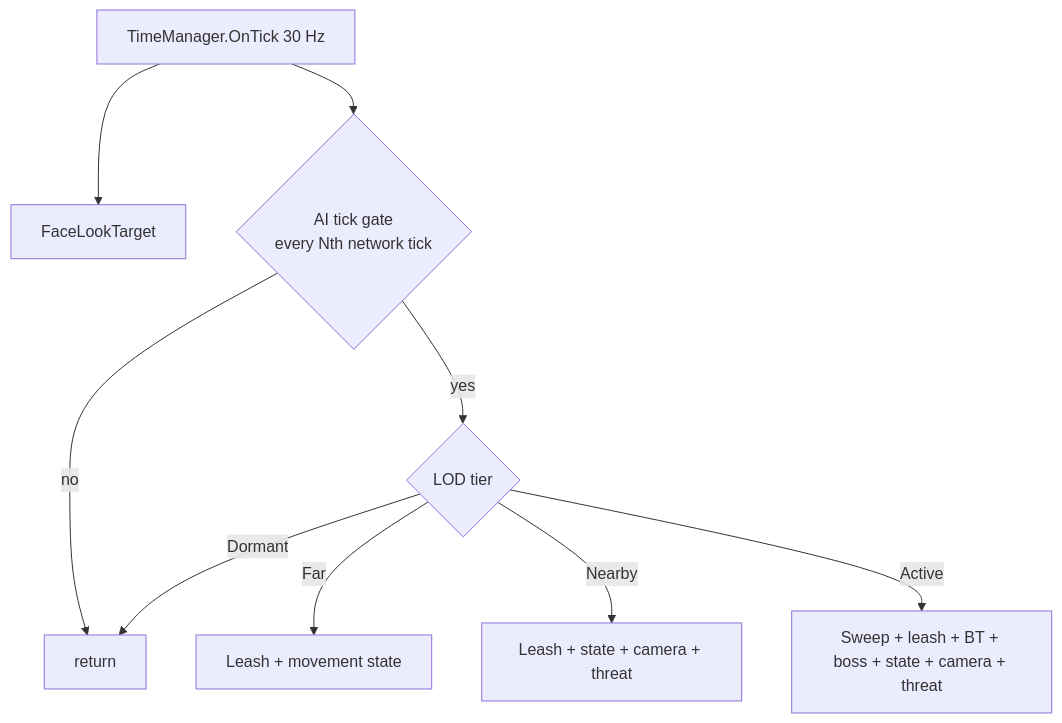
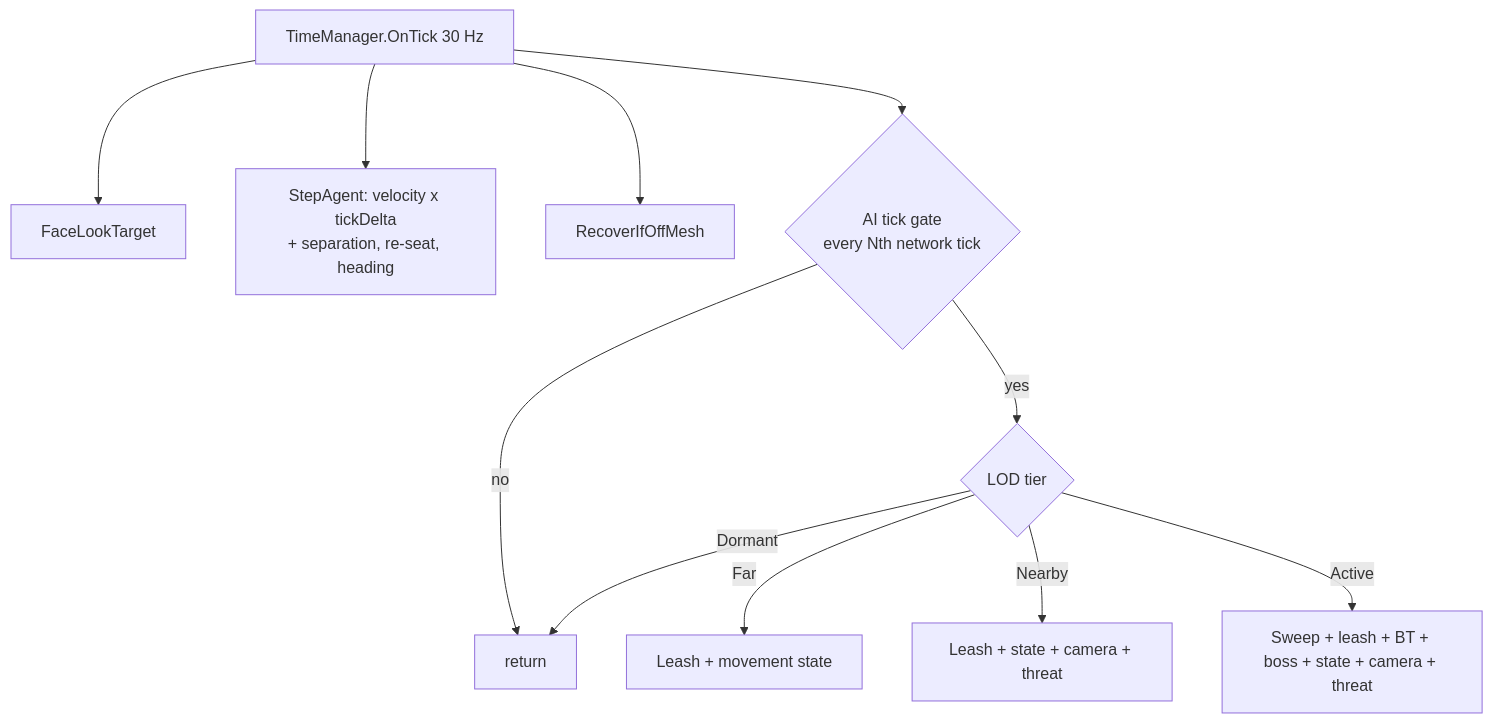
Before and after one commit to jimdroberts/FishMMO: the diagram in FishMMO-Unity/Assets/Scripts/Shared/Implementation/Entity/NPC/AI/README.md, drawn with Mermaid. The commit also changed other lines of this file and 62 other files, not shown here.

````diff
--- a/FishMMO-Unity/Assets/Scripts/Shared/Implementation/Entity/NPC/AI/README.md
+++ b/FishMMO-Unity/Assets/Scripts/Shared/Implementation/Entity/NPC/AI/README.md
@@ -295,11 +328,13 @@
 ```mermaid
 flowchart TD
     Tick[TimeManager.OnTick 30 Hz] --> Face[FaceLookTarget]
+    Tick --> Step[StepAgent: velocity x tickDelta<br/>+ separation, re-seat, heading]
+    Tick --> Off[RecoverIfOffMesh]
     Tick --> Gate{AI tick gate<br/>every Nth network tick}
     Gate -->|no| Done[return]
     Gate -->|yes| Lod{LOD tier}
     Lod -->|Dormant| Done
     Lod -->|Far| Far[Leash + movement state]
     Lod -->|Nearby| Near[Leash + state + camera + threat]
     Lod -->|Active| Act[Sweep + leash + BT + boss + state + camera + threat]
 ```
````
